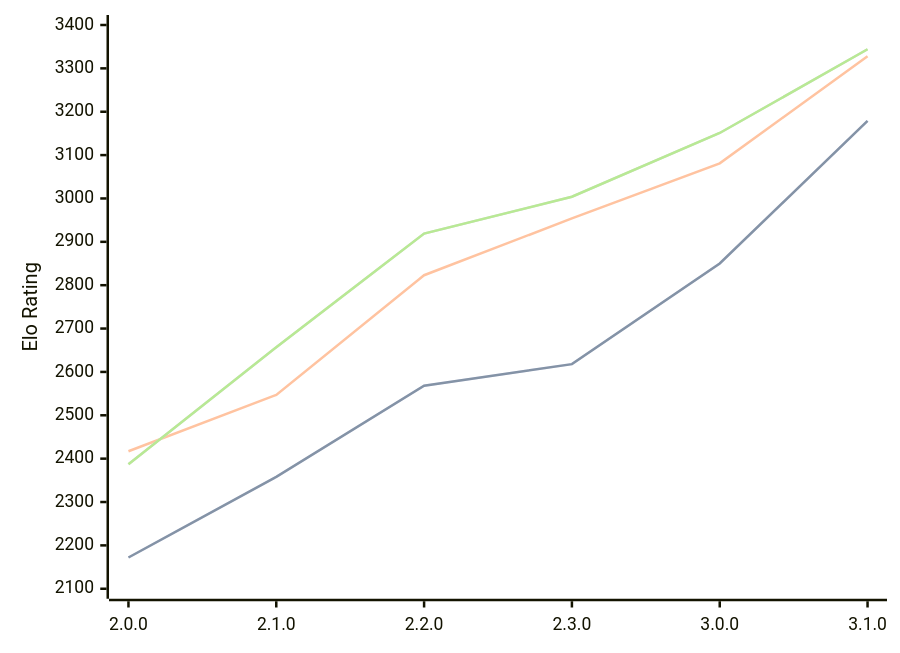
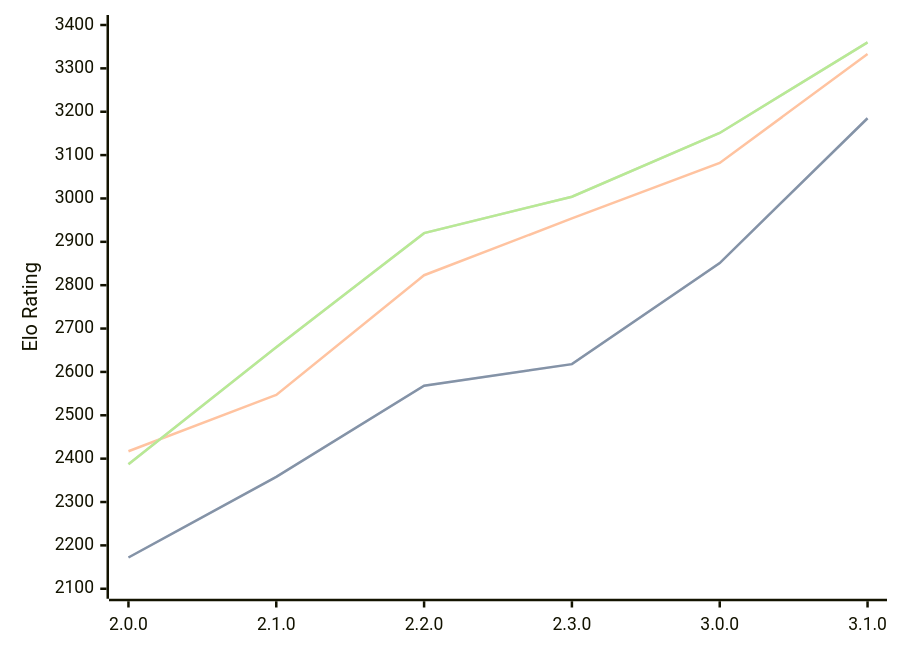
One commit to computer-chess-index/cci changed the diagram in engines/Raphael.md. Above: the diagram before and after it, drawn with Mermaid. The commit also changed other lines of this file, not shown here.

Commit message:
Update CCI Ratings (ELO VLTC) - 2026-03-01

````diff
--- a/engines/Raphael.md
+++ b/engines/Raphael.md
@@ -46,11 +46,11 @@
 ```mermaid
 %%{init: {"theme":"base","themeVariables":{"seriesColors:['#a3a3a3','#222221','#faa371']}}}%%
 xychart-beta
   x-axis ["2.0.0", "2.1.0", "2.2.0", "2.3.0", "3.0.0", "3.1.0"]
   y-axis "Elo Rating" 2100 --> 3400
-  line "STC (8.0+0.08s)" [2172, 2358, 2568, 2618, 2850, 3179]
-  line "STC (8.0+0.08s)" [2172, 2358, 2568, 2618, 2850, 3179]
-  line "LTC (60.0+0.60s)" [2417, 2547, 2823, 2954, 3081, 3328]
-  line "VLTC (2m24s+1.12s)" [2387, 2657, 2919, 3004, 3151, 3344]
-  line "VLTC (2m24s+1.12s)" [2387, 2657, 2919, 3004, 3151, 3344]
+  line "STC (8.0+0.08s)" [2172, 2358, 2568, 2618, 2851, 3185]
+  line "STC (8.0+0.08s)" [2172, 2358, 2568, 2618, 2851, 3185]
+  line "LTC (60.0+0.60s)" [2417, 2547, 2823, 2954, 3082, 3333]
+  line "VLTC (2m24s+1.12s)" [2387, 2657, 2920, 3004, 3151, 3360]
+  line "VLTC (2m24s+1.12s)" [2387, 2657, 2920, 3004, 3151, 3360]
 ```
````
